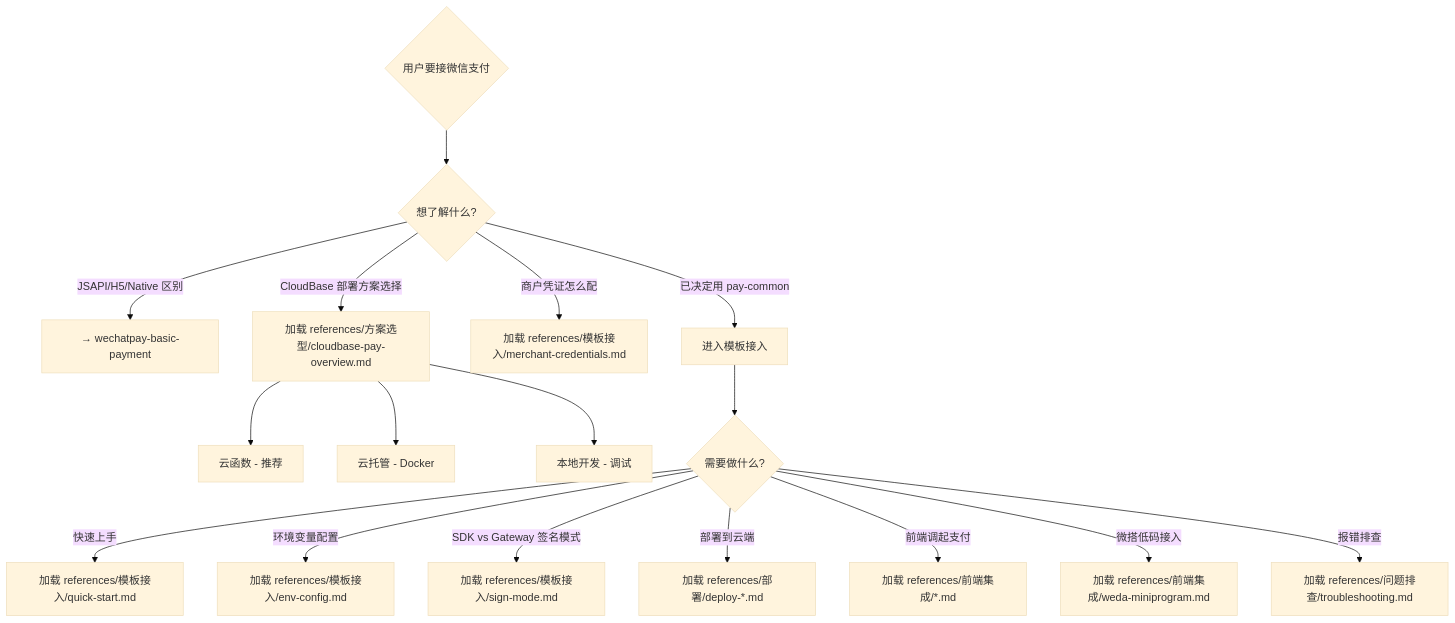
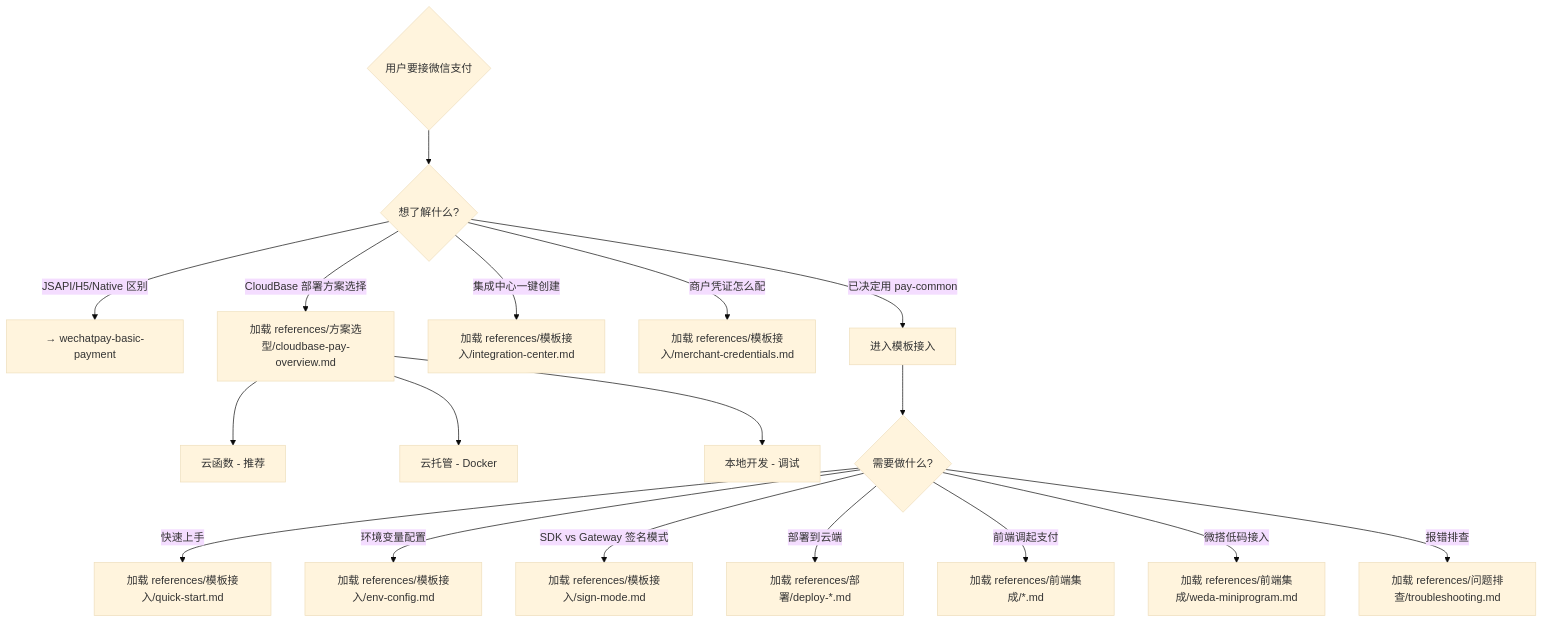
One commit to TencentCloudBase/awesome-cloudbase-examples changed the diagram in integration/cloudbase-wx-pay/skill/cloudbase-wechatpay/SKILL.md. Above: the diagram before and after it, drawn with Mermaid (base theme). The commit also changed other lines of this file and 6 other files, not shown here.

````diff
--- a/integration/cloudbase-wx-pay/skill/cloudbase-wechatpay/SKILL.md
+++ b/integration/cloudbase-wx-pay/skill/cloudbase-wechatpay/SKILL.md
@@ -52,19 +52,20 @@
 ```mermaid
 graph TD
     A{用户要接微信支付} --> B{想了解什么?}
     B -->|JSAPI/H5/Native 区别| C[→ wechatpay-basic-payment]
     B -->|CloudBase 部署方案选择| D[加载 references/方案选型/cloudbase-pay-overview.md]
     D --> D1[云函数 - 推荐]
     D --> D2[云托管 - Docker]
     D --> D3[本地开发 - 调试]
+    B -->|集成中心一键创建| IC[加载 references/模板接入/integration-center.md]
     B -->|商户凭证怎么配| M[加载 references/模板接入/merchant-credentials.md]
     B -->|已决定用 pay-common| E[进入模板接入]
     E --> F{需要做什么?}
     F -->|快速上手| G[加载 references/模板接入/quick-start.md]
     F -->|环境变量配置| H[加载 references/模板接入/env-config.md]
     F -->|SDK vs Gateway 签名模式| I[加载 references/模板接入/sign-mode.md]
     F -->|部署到云端| J[加载 references/部署/deploy-*.md]
     F -->|前端调起支付| K[加载 references/前端集成/*.md]
     F -->|微搭低码接入| W[加载 references/前端集成/weda-miniprogram.md]
     F -->|报错排查| L[加载 references/问题排查/troubleshooting.md]
 ```
````
